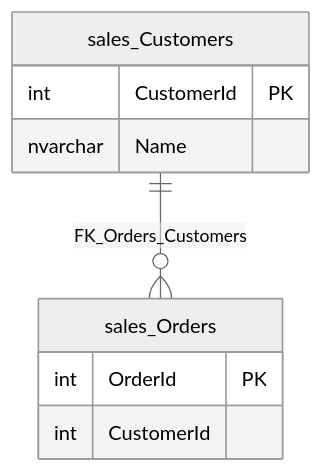
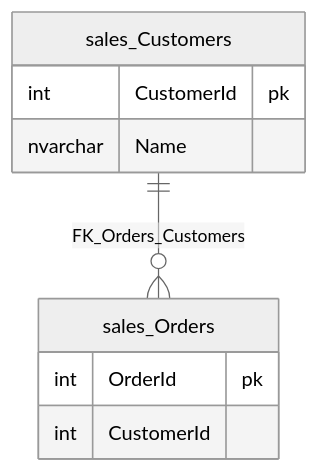
One commit to SimonCropp/DbToMermaid changed the diagram in src/EfToMermaid.Tests/Tests.WithSchema.verified.md. Above: the diagram before and after it, drawn with Mermaid (neutral theme). The commit also changed 14 other files, not shown here.

````diff
--- a/src/EfToMermaid.Tests/Tests.WithSchema.verified.md
+++ b/src/EfToMermaid.Tests/Tests.WithSchema.verified.md
@@ -2,12 +2,12 @@
 ```mermaid
 erDiagram
   sales_Customers {
-    int CustomerId PK
+    int CustomerId pk
     nvarchar Name
   }
   sales_Orders {
-    int OrderId PK
+    int OrderId pk
     int CustomerId
   }
   sales_Customers ||--o{ sales_Orders : "FK_Orders_Customers"
 ```
````
